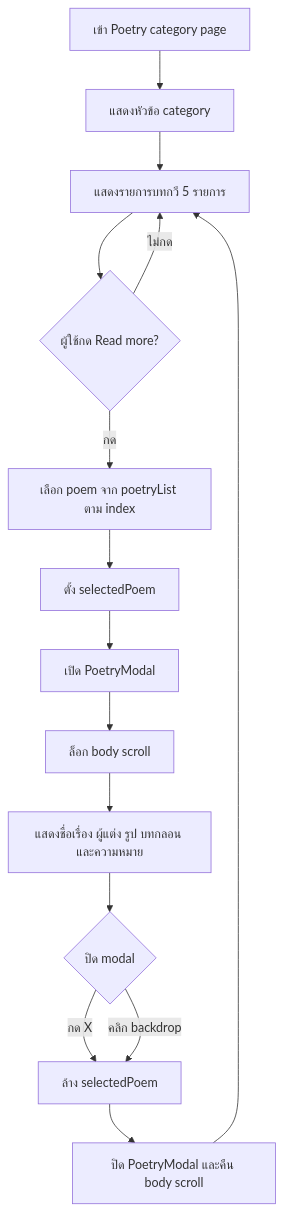
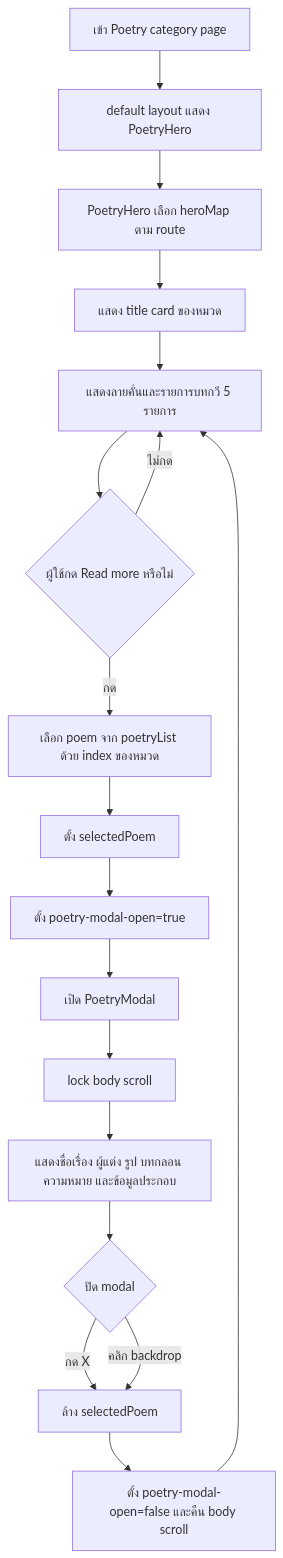
Before and after one commit to pawataven/the-sis-web: the sixth of 15 diagrams in docs/flowcharts.md, drawn with Mermaid. The commit also changed other lines of this file and 10 other files, not shown here.

````diff
--- a/docs/flowcharts.md
+++ b/docs/flowcharts.md
@@ -86,19 +144,22 @@
 ```mermaid
 flowchart TD
-  A[เข้า Poetry category page] --> B[แสดงหัวข้อ category]
-  B --> C[แสดงรายการบทกวี 5 รายการ]
-  C --> D{ผู้ใช้กด Read more?}
+  A["เข้า Poetry category page"] --> B["default layout แสดง PoetryHero"]
+  B --> C["PoetryHero เลือก heroMap ตาม route"]
+  C --> D["แสดง title card ของหมวด"]
+  D --> E["แสดงลายคั่นและรายการบทกวี 5 รายการ"]
+  E --> F{"ผู้ใช้กด Read more หรือไม่"}
 
-  D -- ไม่กด --> C
-  D -- กด --> E[เลือก poem จาก poetryList ตาม index]
-  E --> F[ตั้ง selectedPoem]
-  F --> G[เปิด PoetryModal]
-  G --> H[ล็อก body scroll]
-  H --> I[แสดงชื่อเรื่อง ผู้แต่ง รูป บทกลอน และความหมาย]
+  F -- "ไม่กด" --> E
+  F -- "กด" --> G["เลือก poem จาก poetryList ด้วย index ของหมวด"]
+  G --> H["ตั้ง selectedPoem"]
+  H --> I["ตั้ง poetry-modal-open=true"]
+  I --> J["เปิด PoetryModal"]
+  J --> K["lock body scroll"]
+  K --> L["แสดงชื่อเรื่อง ผู้แต่ง รูป บทกลอน ความหมาย และข้อมูลประกอบ"]
 
-  I --> J{ปิด modal}
-  J -- กด X --> K[ล้าง selectedPoem]
-  J -- คลิก backdrop --> K
-  K --> L[ปิด PoetryModal และคืน body scroll]
-  L --> C
+  L --> M{"ปิด modal"}
+  M -- "กด X" --> N["ล้าง selectedPoem"]
+  M -- "คลิก backdrop" --> N
+  N --> O["ตั้ง poetry-modal-open=false และคืน body scroll"]
+  O --> E
 ```
````
